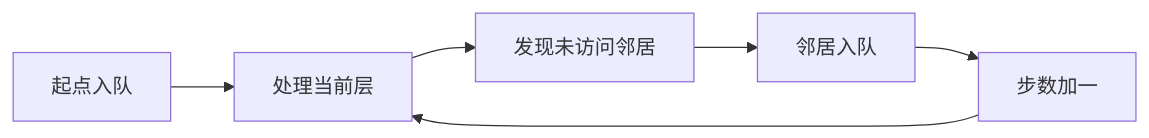
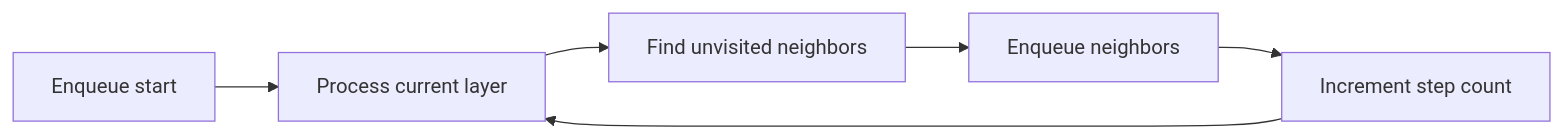
The second of 2 diagrams in src/content/technology/bfs.md (HONGLEI111/hhlblog-global), drawn with Mermaid before and after one commit. The commit also changed other lines of this file and 33 other files, not shown here.

First line of the commit message:
content(code): 翻译 mermaid 图节点标签（34 文件 / 267 处）

````diff
--- a/src/content/technology/bfs.md
+++ b/src/content/technology/bfs.md
@@ -285,8 +285,8 @@
 ```mermaid
 graph LR
-    A[起点入队] --> B[处理当前层]
-    B --> C[发现未访问邻居]
-    C --> D[邻居入队]
-    D --> E[步数加一]
+    A[Enqueue start] --> B[Process current layer]
+    B --> C[Find unvisited neighbors]
+    C --> D[Enqueue neighbors]
+    D --> E[Increment step count]
     E --> B
 ```
````
